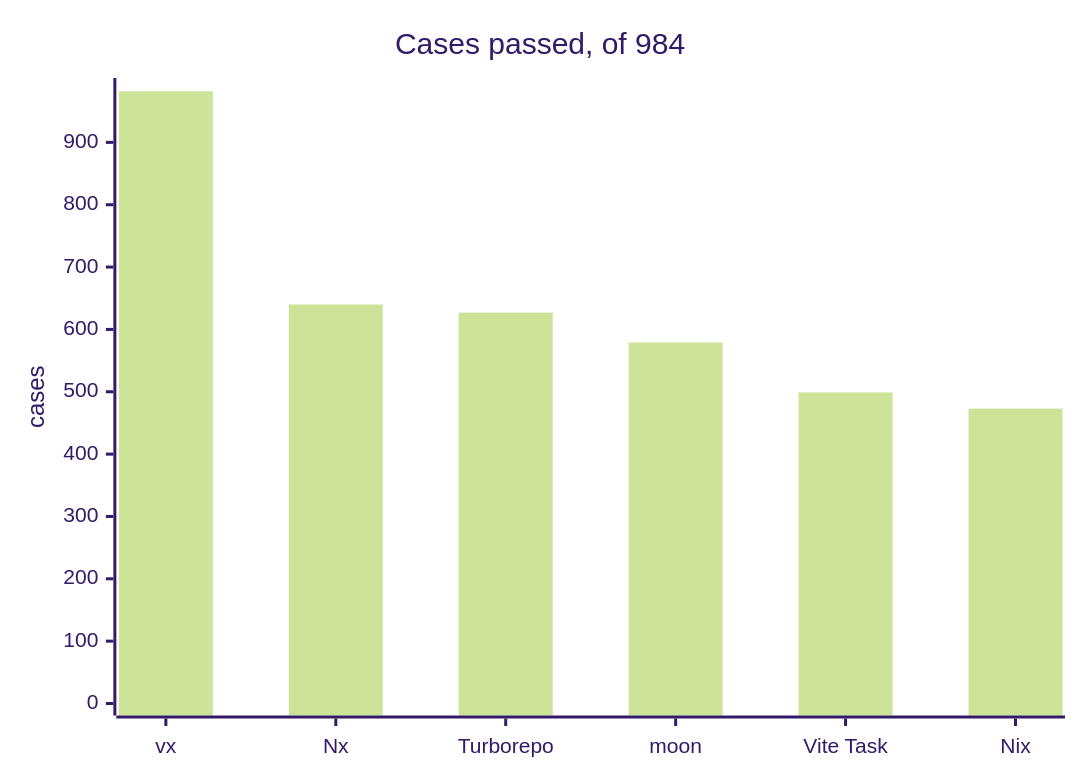
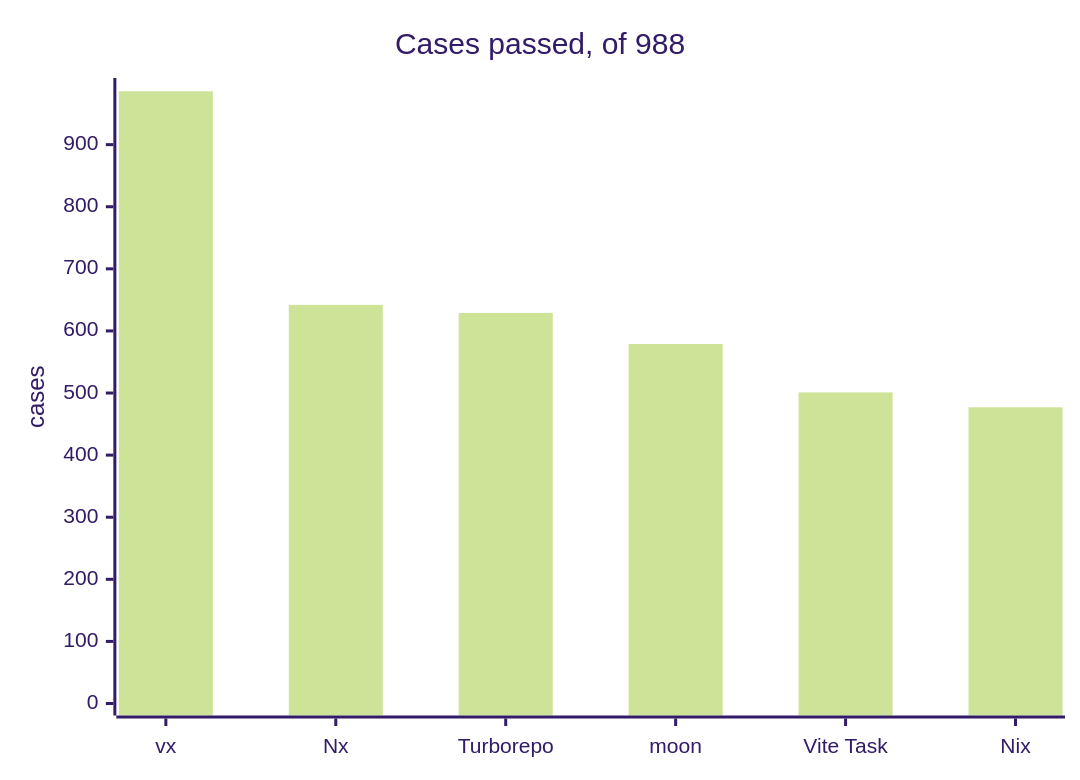
The first of 2 diagrams in private/vx-docs/src/content/docs/blog/one-suite-six-task-runners.md (vznjs/vx), drawn with Mermaid (forest theme) before and after one commit. The commit also changed other lines of this file and 2 other files, not shown here.

````diff
--- a/private/vx-docs/src/content/docs/blog/one-suite-six-task-runners.md
+++ b/private/vx-docs/src/content/docs/blog/one-suite-six-task-runners.md
@@ -15,7 +15,7 @@
 ```mermaid
 xychart-beta
-  title "Cases passed, of 984"
+  title "Cases passed, of 988"
   x-axis [vx, Nx, Turborepo, moon, "Vite Task", Nix]
-  y-axis "cases" 0 --> 984
-  bar [982, 640, 627, 579, 499, 473]
+  y-axis "cases" 0 --> 988
+  bar [986, 642, 629, 579, 501, 477]
 ```
````
